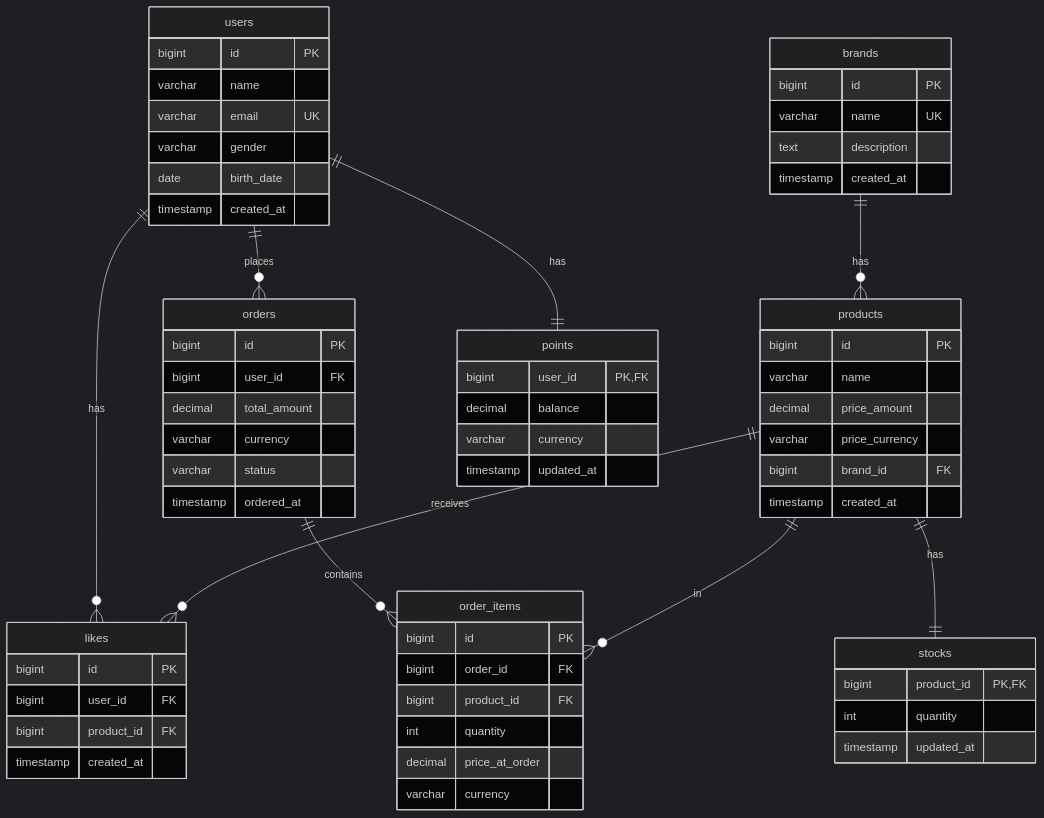
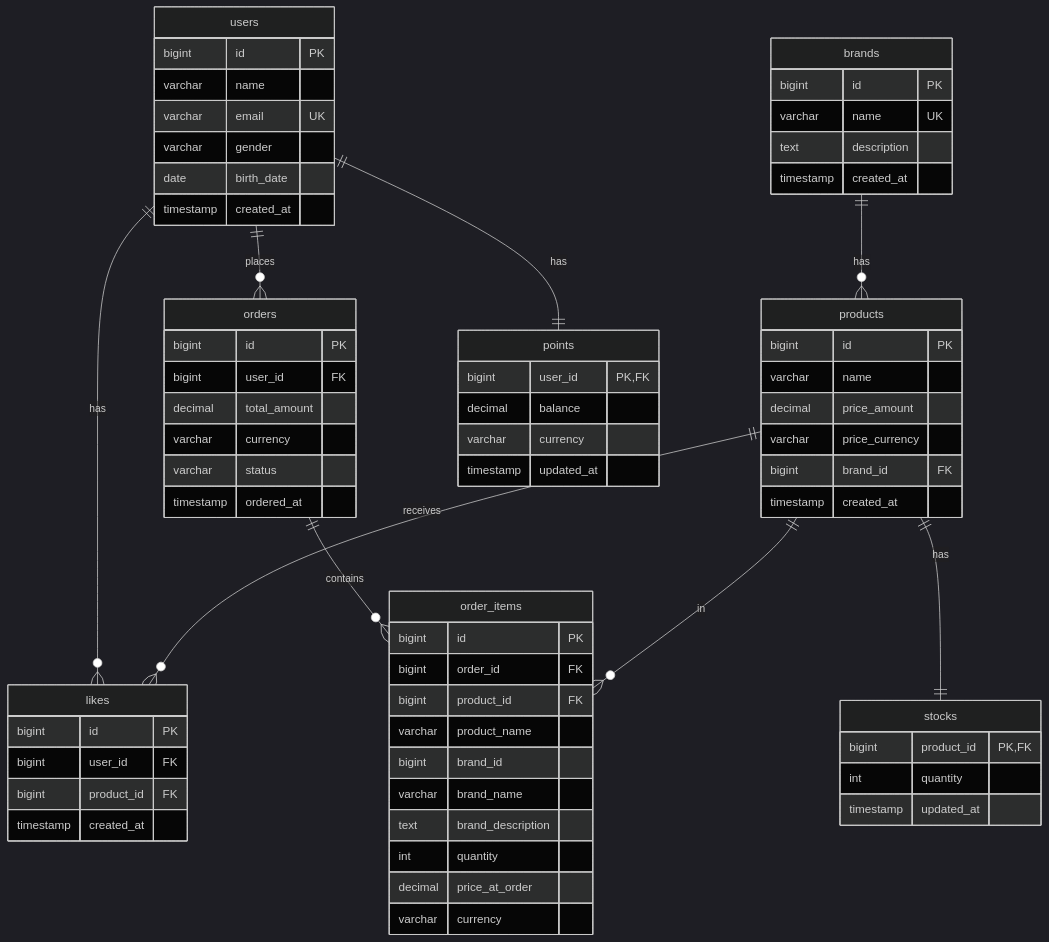
Before and after one commit to Loopers-dev-lab/loopers-spring-kotlin-template: the diagram in .docs/design/04-erd.md, drawn with Mermaid (dark theme). The commit also changed other lines of this file and 1 other file, not shown here.

Commit message:
fix: order_items 가 product 의 이름과 브랜드 정보를 같이 가지고 있도록 변경

````diff
--- a/.docs/design/04-erd.md
+++ b/.docs/design/04-erd.md
@@ -7,74 +7,78 @@
 ```mermaid
 erDiagram
     users {
         bigint id PK
         varchar name
         varchar email UK
         varchar gender
         date birth_date
         timestamp created_at
     }
 
     brands {
         bigint id PK
         varchar name UK
         text description
         timestamp created_at
     }
 
     products {
         bigint id PK
         varchar name
         decimal price_amount
         varchar price_currency
         bigint brand_id FK
         timestamp created_at
     }
 
     stocks {
         bigint product_id PK, FK
         int quantity
         timestamp updated_at
     }
 
     likes {
         bigint id PK
         bigint user_id FK
         bigint product_id FK
         timestamp created_at
     }
 
     orders {
         bigint id PK
         bigint user_id FK
         decimal total_amount
         varchar currency
         varchar status
         timestamp ordered_at
     }
 
     order_items {
         bigint id PK
         bigint order_id FK
         bigint product_id FK
+        varchar product_name
+        bigint brand_id
+        varchar brand_name
+        text brand_description
         int quantity
         decimal price_at_order
         varchar currency
     }
 
     points {
         bigint user_id PK, FK
         decimal balance
         varchar currency
         timestamp updated_at
     }
 
     users ||--o{ likes : "has"
     products ||--o{ likes : "receives"
     brands ||--o{ products : "has"
     products ||--|| stocks : "has"
     users ||--o{ orders : "places"
     orders ||--o{ order_items : "contains"
     products ||--o{ order_items : "in"
     users ||--|| points : "has"
 ```
````
